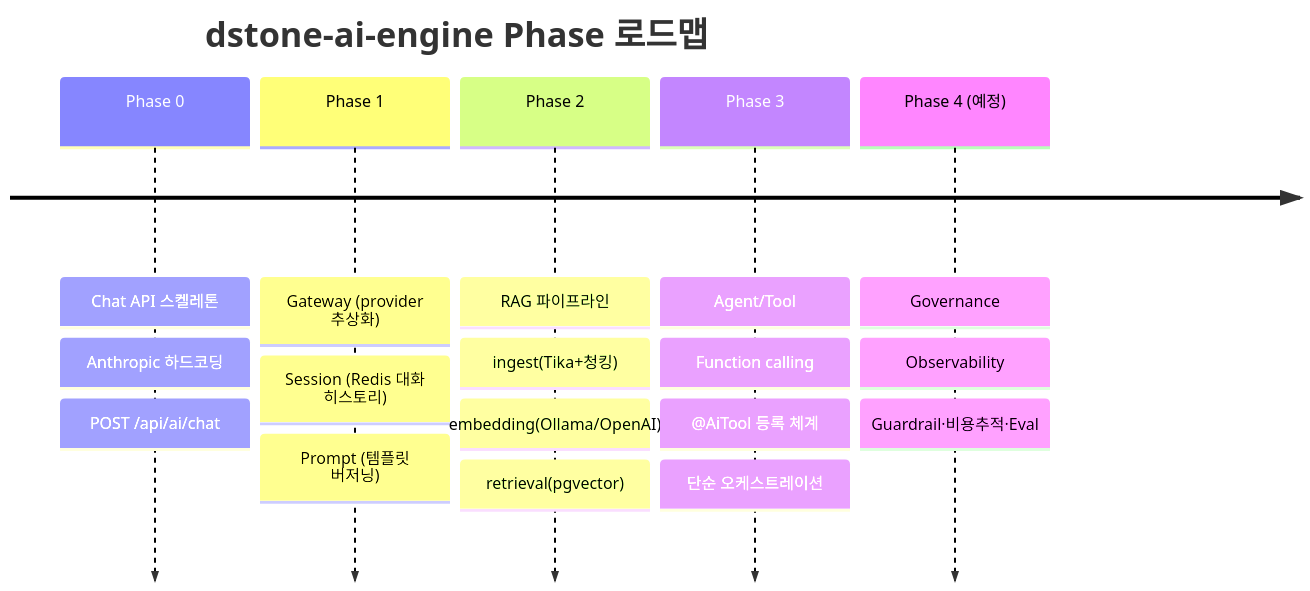
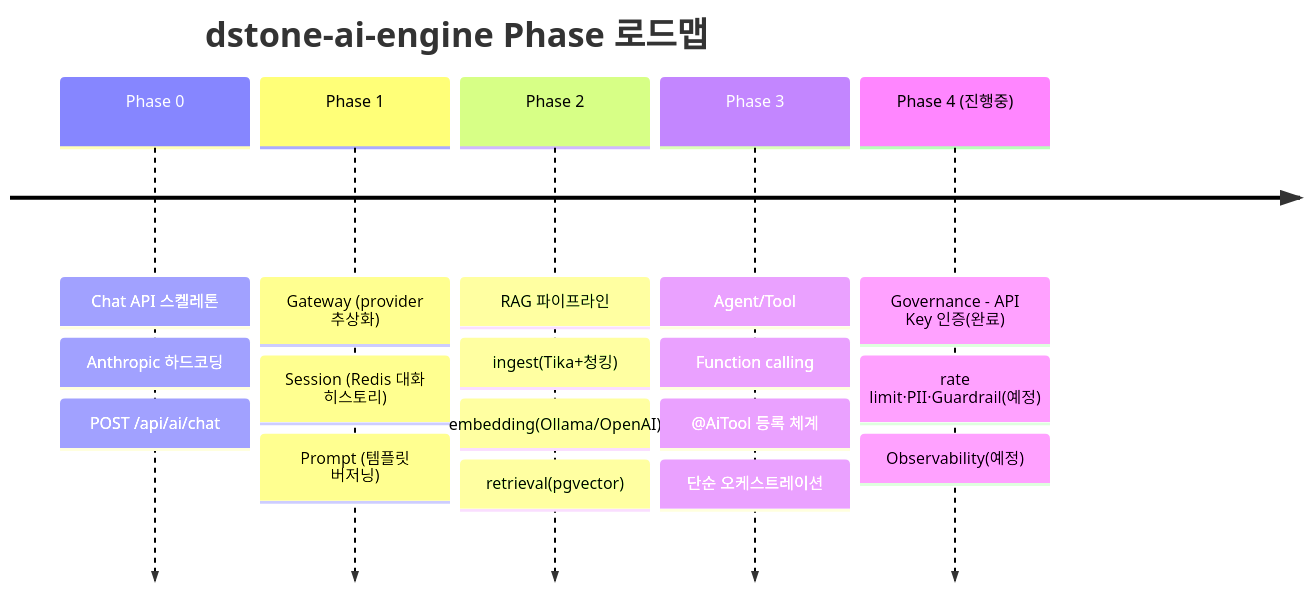
One commit to YongSoekChoeng/dstone changed the first of 11 diagrams in docs/dstone-ai-engine.md. Above: the diagram before and after it, drawn with Mermaid. The commit also changed other lines of this file and 9 other files, not shown here.

````diff
--- a/docs/dstone-ai-engine.md
+++ b/docs/dstone-ai-engine.md
@@ -114,9 +122,9 @@
 ```mermaid
 timeline
     title dstone-ai-engine Phase 로드맵
     Phase 0 : Chat API 스켈레톤 : Anthropic 하드코딩 : POST /api/ai/chat
     Phase 1 : Gateway (provider 추상화) : Session (Redis 대화 히스토리) : Prompt (템플릿 버저닝)
     Phase 2 : RAG 파이프라인 : ingest(Tika+청킹) : embedding(Ollama/OpenAI) : retrieval(pgvector)
     Phase 3 : Agent/Tool : Function calling : @AiTool 등록 체계 : 단순 오케스트레이션
-    Phase 4 (예정) : Governance : Observability : Guardrail·비용추적·Eval
+    Phase 4 (진행중) : Governance - API Key 인증(완료) : rate limit·PII·Guardrail(예정) : Observability(예정)
 ```
````
